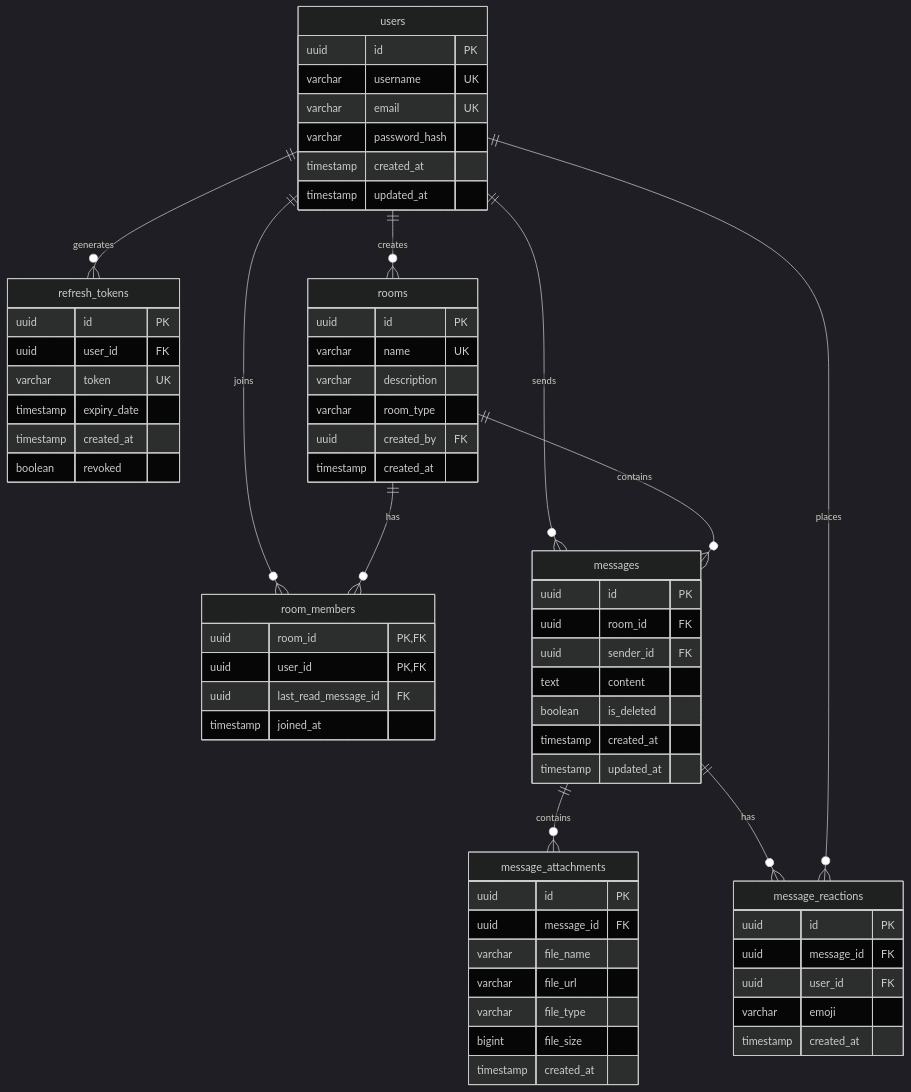
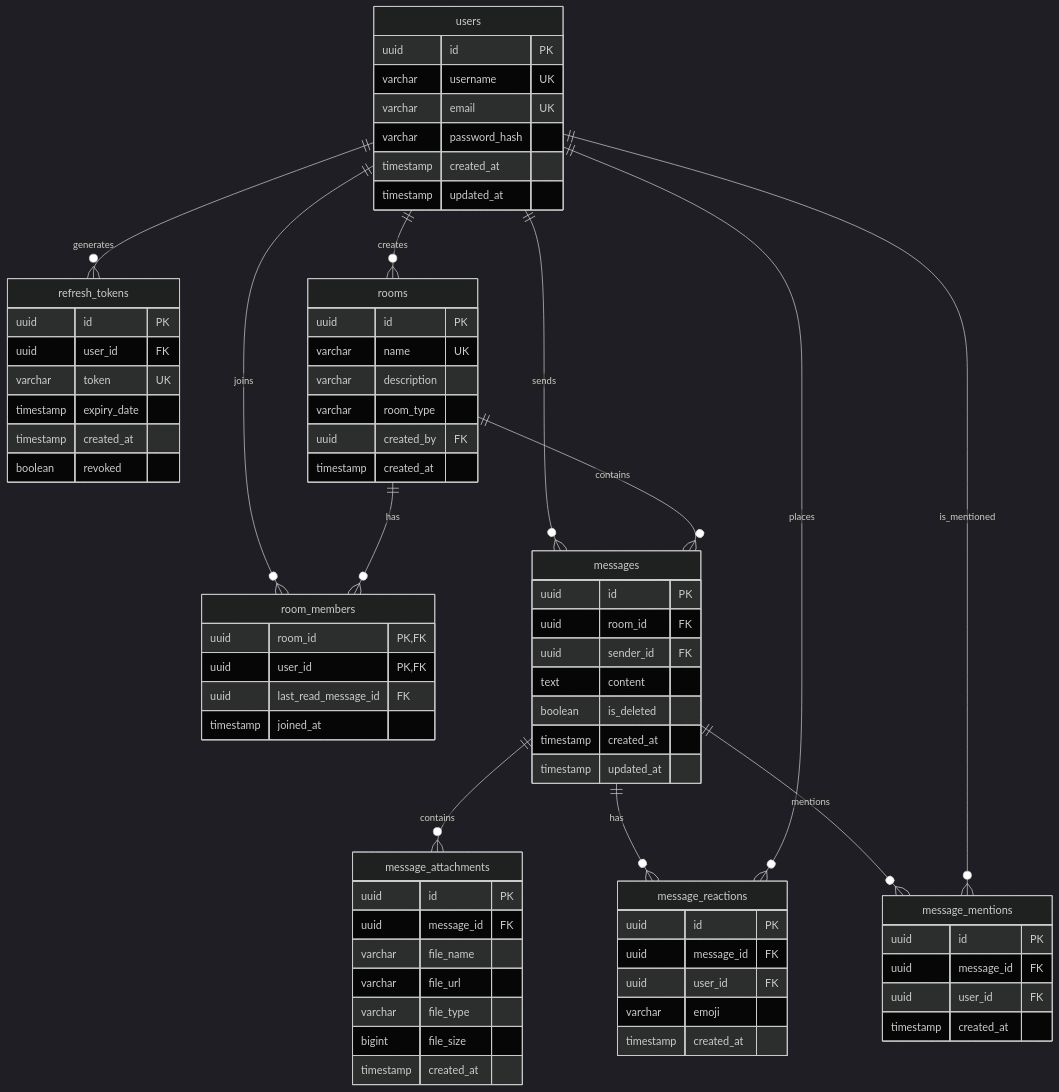
One commit to rishi-18/realtime-chat-application changed the diagram in docs/database-design.md. Above: the diagram before and after it, drawn with Mermaid (dark theme). The commit also changed other lines of this file and 15 other files, not shown here.

Commit message:
feat: implement user mentions parser and private WebSocket notifications with testing

````diff
--- a/docs/database-design.md
+++ b/docs/database-design.md
@@ -9,68 +9,76 @@
 ```mermaid
 erDiagram
     users {
         uuid id PK
         varchar username UK
         varchar email UK
         varchar password_hash
         timestamp created_at
         timestamp updated_at
     }
     refresh_tokens {
         uuid id PK
         uuid user_id FK
         varchar token UK
         timestamp expiry_date
         timestamp created_at
         boolean revoked
     }
     rooms {
         uuid id PK
         varchar name UK
         varchar description
         varchar room_type
         uuid created_by FK
         timestamp created_at
     }
     room_members {
         uuid room_id PK, FK
         uuid user_id PK, FK
         uuid last_read_message_id FK
         timestamp joined_at
     }
     messages {
         uuid id PK
         uuid room_id FK
         uuid sender_id FK
         text content
         boolean is_deleted
         timestamp created_at
         timestamp updated_at
     }
     message_attachments {
         uuid id PK
         uuid message_id FK
         varchar file_name
         varchar file_url
         varchar file_type
         bigint file_size
         timestamp created_at
     }
     message_reactions {
         uuid id PK
         uuid message_id FK
         uuid user_id FK
         varchar emoji
         timestamp created_at
     }
+    message_mentions {
+        uuid id PK
+        uuid message_id FK
+        uuid user_id FK
+        timestamp created_at
+    }
 
     users ||--o{ refresh_tokens : "generates"
     users ||--o{ rooms : "creates"
     users ||--o{ room_members : "joins"
     rooms ||--o{ room_members : "has"
     users ||--o{ messages : "sends"
     rooms ||--o{ messages : "contains"
     messages ||--o{ message_attachments : "contains"
     messages ||--o{ message_reactions : "has"
     users ||--o{ message_reactions : "places"
+    messages ||--o{ message_mentions : "mentions"
+    users ||--o{ message_mentions : "is_mentioned"
 ```
````
